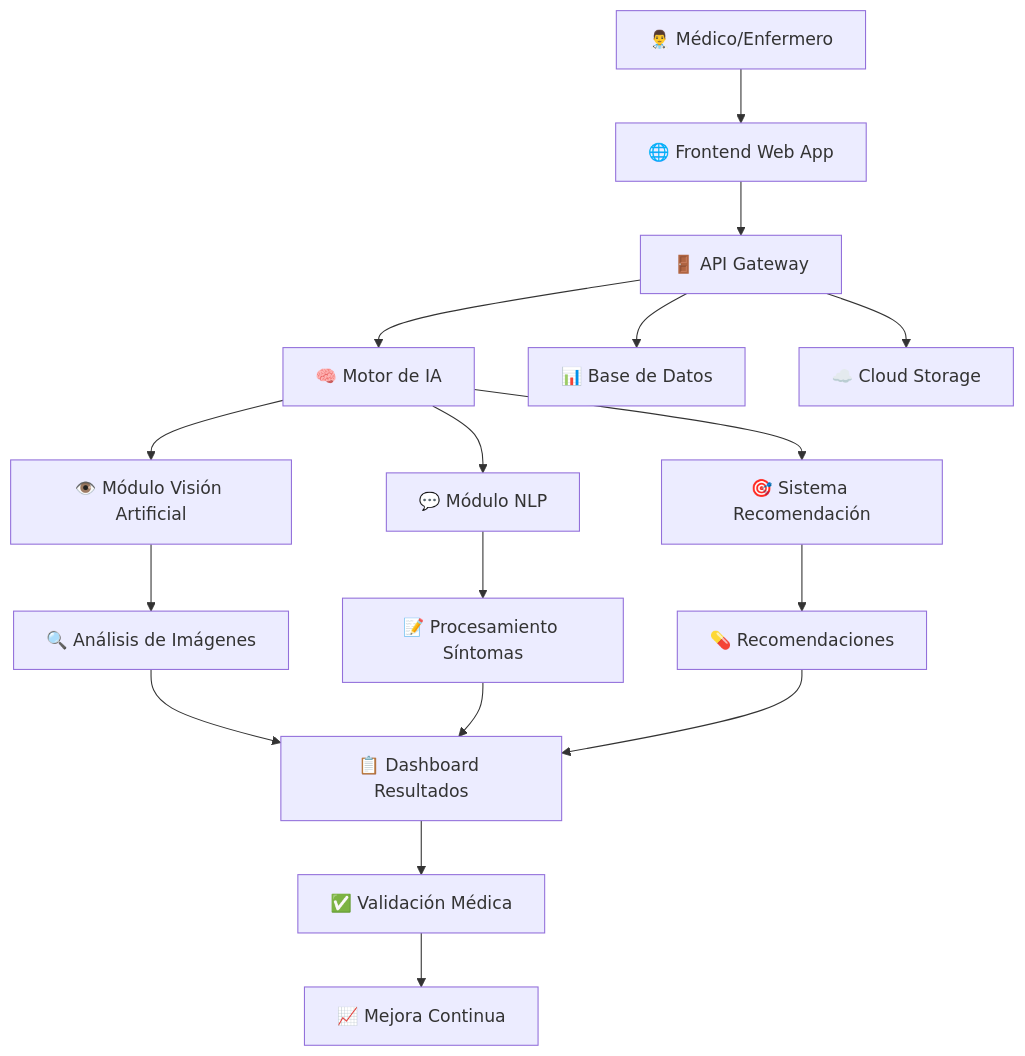
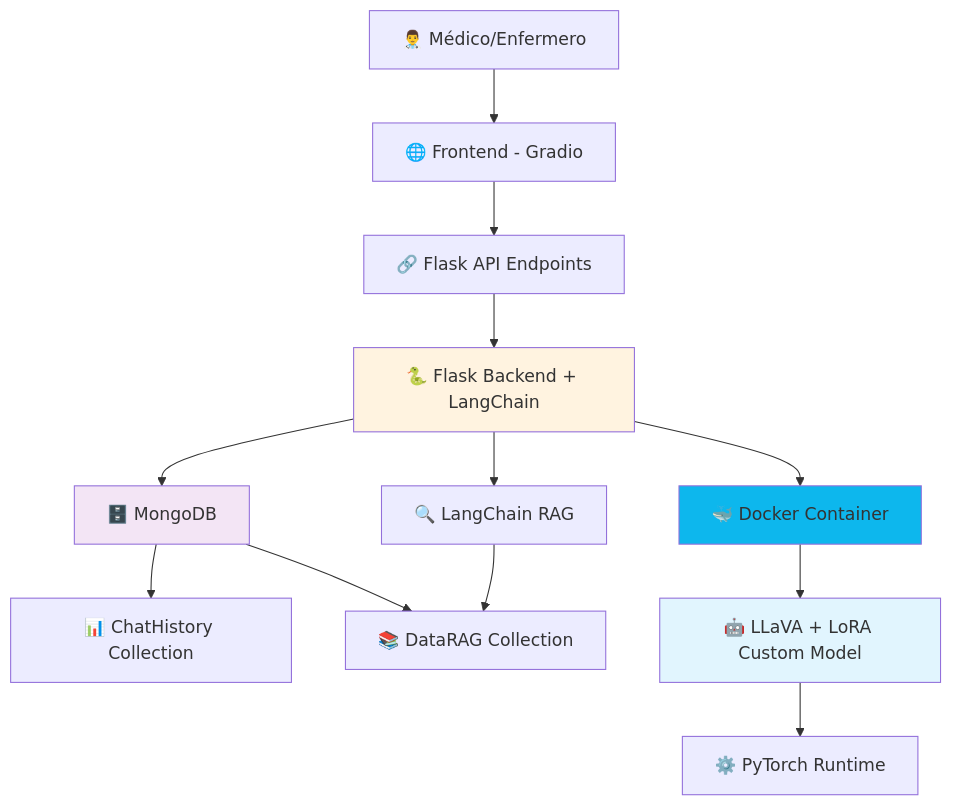
The diagram in README.md (AlthosKal/SenasoftIAProject), drawn with Mermaid before and after one commit. The commit also changed other lines of this file, not shown here.

````diff
--- a/README.md
+++ b/README.md
@@ -53,23 +68,22 @@
 ```mermaid
 graph TD
-    A[👨‍⚕️ Médico/Enfermero] --> B[🌐 Frontend Web App]
-    B --> C[🚪 API Gateway]
-    C --> D[🧠 Motor de IA]
-    C --> E[📊 Base de Datos]
-    C --> F[☁️ Cloud Storage]
+    A[👨‍⚕️ Médico/Enfermero] --> B[🌐 Frontend - Gradio]
+    B --> C[🔗 Flask API Endpoints]
+    C --> D[🐍 Flask Backend + LangChain]
     
-    D --> G[👁️ Módulo Visión Artificial]
-    D --> H[💬 Módulo NLP]
-    D --> I[🎯 Sistema Recomendación]
+    D --> E[🗄️ MongoDB]
+    E --> F[📊 ChatHistory Collection]
+    E --> G[📚 DataRAG Collection]
     
-    G --> J[🔍 Análisis de Imágenes]
-    H --> K[📝 Procesamiento Síntomas]
-    I --> L[💊 Recomendaciones]
+    D --> H[🐳 Docker Container]
+    H --> I[🤖 LLaVA + LoRA Custom Model]
+    I --> J[⚙️ PyTorch Runtime]
     
-    J --> M[📋 Dashboard Resultados]
-    K --> M
-    L --> M
+    D --> K[🔍 LangChain RAG]
+    K --> G
     
-    M --> N[✅ Validación Médica]
-    N --> O[📈 Mejora Continua]
+    style H fill:#0db7ed
+    style I fill:#e1f5fe
+    style D fill:#fff3e0
+    style E fill:#f3e5f5
 ```
````
